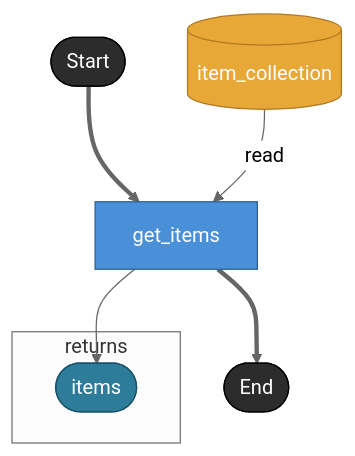
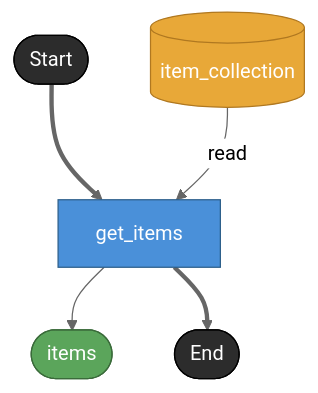
Before and after one commit to hiroshiasayadev-prog/brewprint: the diagram in docs/uc/001-ec-checkout-flow/renders/catalog/dag-get_items.md, drawn with Mermaid (neutral theme). The commit also changed other lines of this file and 49 other files, not shown here.

````diff
--- a/docs/uc/001-ec-checkout-flow/renders/catalog/dag-get_items.md
+++ b/docs/uc/001-ec-checkout-flow/renders/catalog/dag-get_items.md
@@ -9,22 +9,19 @@
 ```mermaid
 flowchart TD
-  subgraph returns
-    items([items])
-  end
-
   _start([Start]) ==> get_items[get_items]
 
   item_collection[(item_collection)] -- "read" --> get_items
 
-  get_items --> items
+  get_items --> items([items])
   get_items ==> _end([End])
 
   classDef taskNode     fill:#4A90D9,stroke:#2C5F8A,color:#fff
   classDef storeNode    fill:#E8A838,stroke:#B07820,color:#fff
+  classDef assetNode    fill:#5BA55B,stroke:#3A6B3A,color:#fff
   classDef terminalNode fill:#2C2C2C,stroke:#000,color:#fff
   classDef boundaryNode fill:#2D7D9A,stroke:#1A5068,color:#fff
   class get_items taskNode
   class item_collection storeNode
+  class items assetNode
   class _start,_end terminalNode
-  class items boundaryNode
 ```
````
